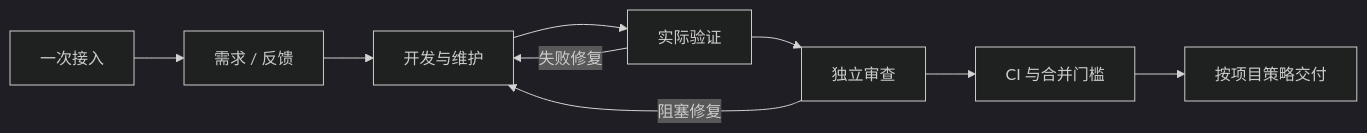
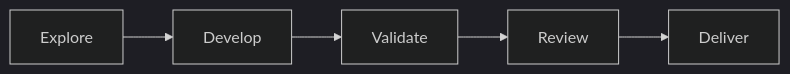
The diagram in README.md (HaoYangJin/Big-Repo), drawn with Mermaid (dark theme) before and after one commit. The commit also changed other lines of this file and 103 other files, not shown here.

````diff
--- a/README.md
+++ b/README.md
@@ -15,11 +101,4 @@
 ```mermaid
 flowchart LR
-    A[一次接入] --> B[需求 / 反馈]
-    B --> C[开发与维护]
-    C --> D[实际验证]
-    D --> E[独立审查]
-    E --> F[CI 与合并门槛]
-    F --> G[按项目策略交付]
-    D -->|失败修复| C
-    E -->|阻塞修复| C
+  A[Explore] --> B[Develop] --> C[Validate] --> D[Review] --> E[Deliver]
 ```
````
